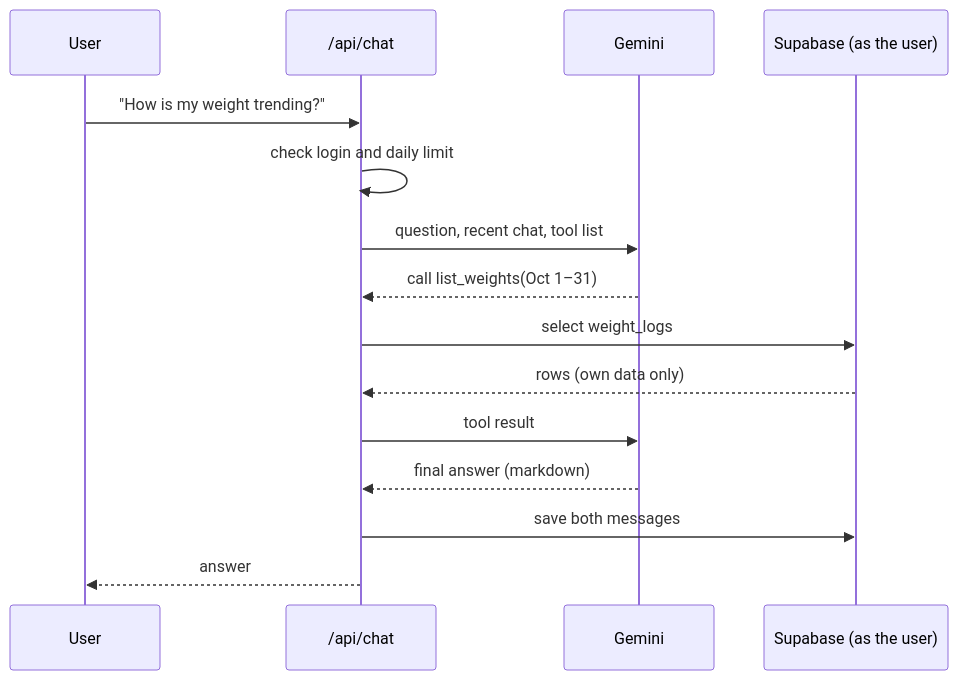
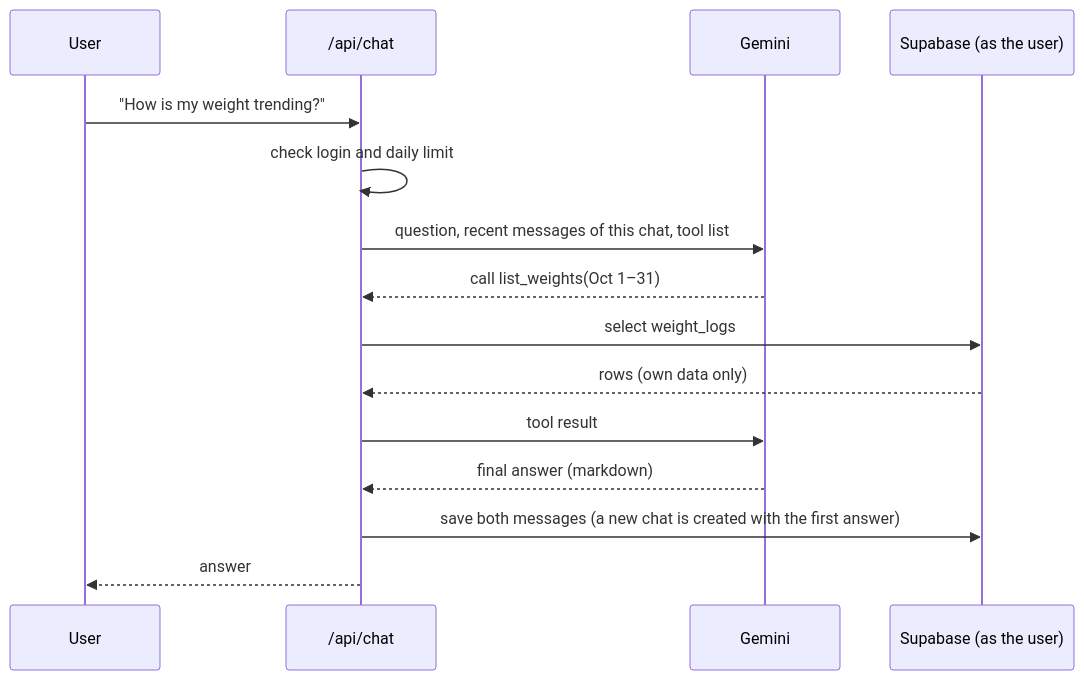
One commit to chinmai-c-r/crazy-rep changed the fourth of 5 diagrams in docs/ARCHITECTURE.md. Above: the diagram before and after it, drawn with Mermaid. The commit also changed other lines of this file and 12 other files, not shown here.

First line of the commit message:
Add coach chat history, recent dish chips and a password eye toggle

````diff
--- a/docs/ARCHITECTURE.md
+++ b/docs/ARCHITECTURE.md
@@ -84,18 +84,18 @@
 ```mermaid
 sequenceDiagram
     participant U as User
     participant C as /api/chat
     participant G as Gemini
     participant DB as Supabase (as the user)
 
     U->>C: "How is my weight trending?"
     C->>C: check login and daily limit
-    C->>G: question, recent chat, tool list
+    C->>G: question, recent messages of this chat, tool list
     G-->>C: call list_weights(Oct 1–31)
     C->>DB: select weight_logs
     DB-->>C: rows (own data only)
     C->>G: tool result
     G-->>C: final answer (markdown)
-    C->>DB: save both messages
+    C->>DB: save both messages (a new chat is created with the first answer)
     C-->>U: answer
 ```
````
